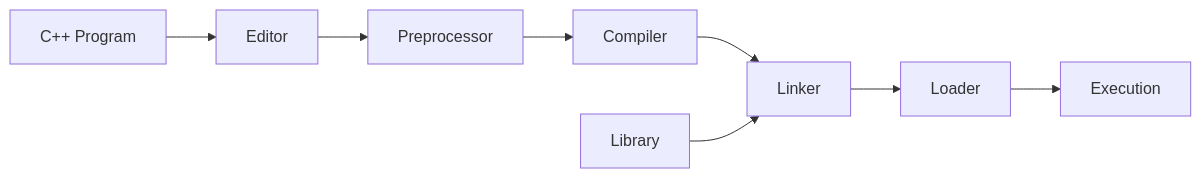
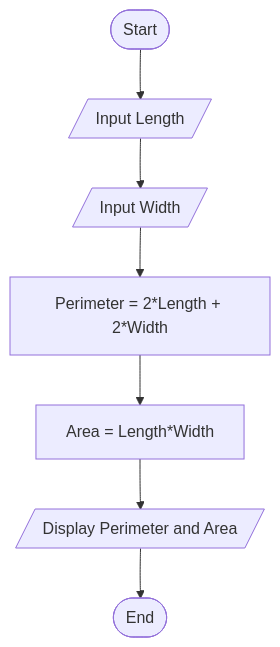
The first of 3 diagrams in 02_chapter-1-processing-cpp-program.md (Muhammad-Hussain456/Fundamentals_of_Programming-), drawn with Mermaid before and after one commit.

````diff
--- a/02_chapter-1-processing-cpp-program.md
+++ b/02_chapter-1-processing-cpp-program.md
@@ -127,10 +127,9 @@
 ```mermaid
-flowchart LR
-    A[C++ Program] --> B[Editor]
-    B --> C[Preprocessor]
-    C --> D[Compiler]
-    D --> E[Linker]
-    F[Library] --> E 
-    E --> G[Loader]
-    G --> I[Execution]
+flowchart TD
+    A([Start]) --> B[/Input Length/]
+    B --> C[/Input Width/]
+    C --> D[Perimeter = 2*Length + 2*Width]
+    D --> E[Area = Length*Width]
+    E --> F[/Display Perimeter and Area/]
+    F --> G([End])
 ```
````
